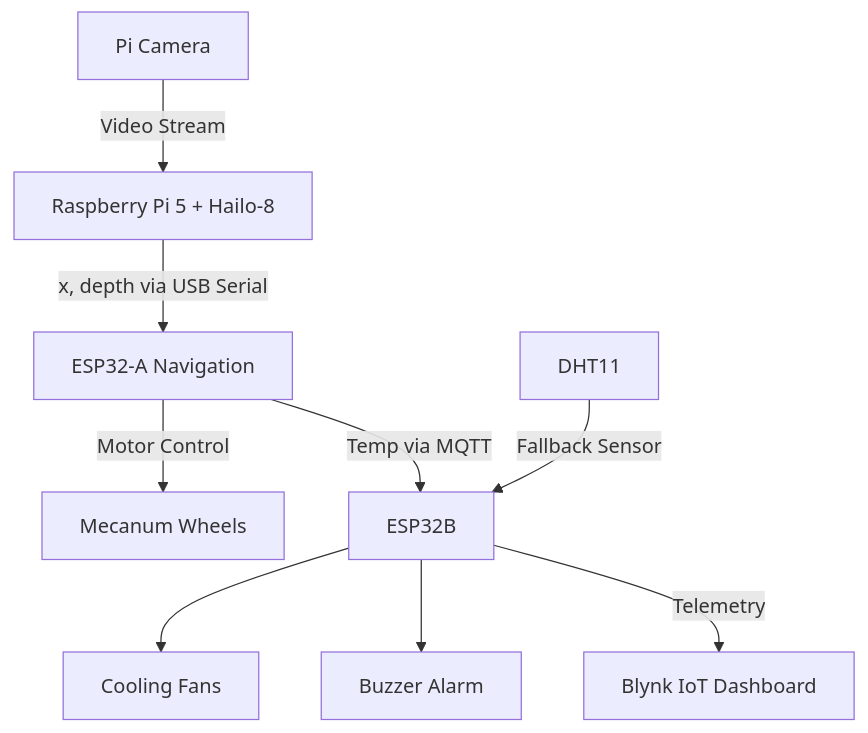
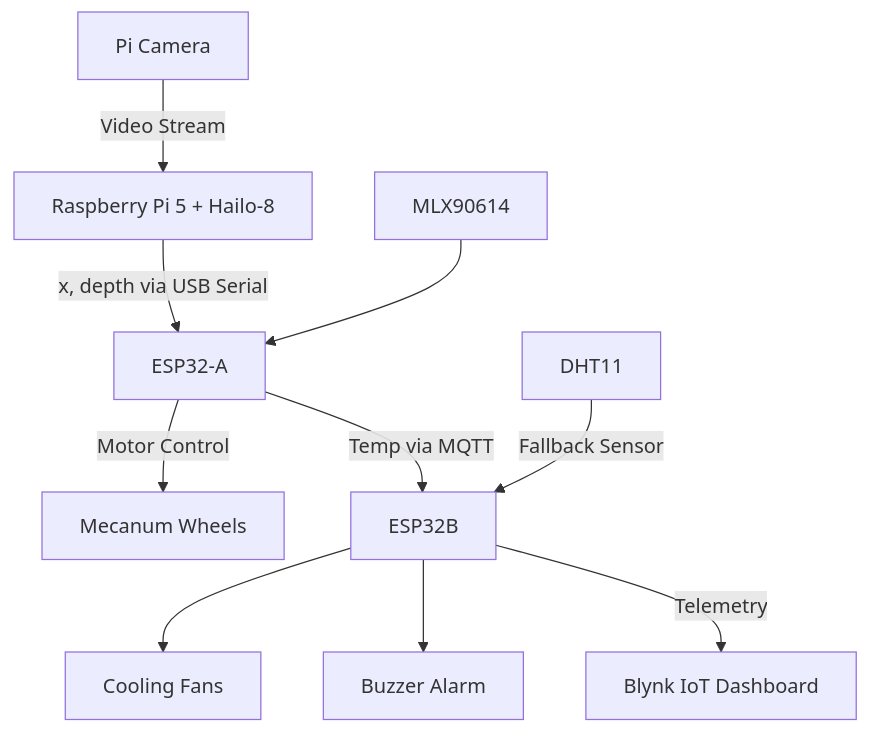
Before and after one commit to DurraniHakim27/Autonomous-Navigation-IoT-Robot-with-Vision-Thermal-Sensing-and-Control: the diagram in README.md, drawn with Mermaid.

````diff
--- a/README.md
+++ b/README.md
@@ -13,12 +13,13 @@
 ```mermaid
 flowchart TD
     Camera[Pi Camera] -->|Video Stream| Pi[Raspberry Pi 5 + Hailo-8]
-    Pi -->|x, depth via USB Serial| ESP32A[ESP32-A Navigation]
+    Pi -->|x, depth via USB Serial| ESP32A[ESP32-A]
+    Thermal[MLX90614] --> ESP32A
     ESP32A -->|Motor Control| Wheels[Mecanum Wheels]
     ESP32A -->|Temp via MQTT| ESP32B
     ESP32B --> Fan[Cooling Fans]
     ESP32B --> Buzzer[Buzzer Alarm]
     ESP32B -->|Telemetry| Blynk[Blynk IoT Dashboard]
     DHT11 -->|Fallback Sensor| ESP32B
     
 ```
````
